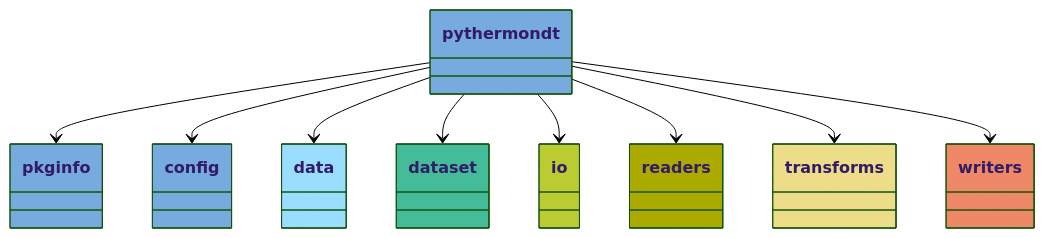
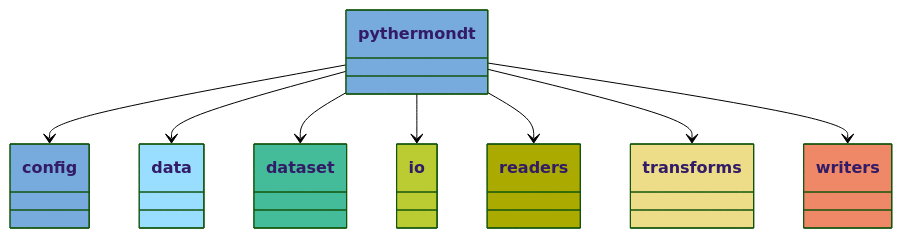
The diagram in docs/pyreverse/mermaid/packages_Overview.mmd (voidsy-gmbh/pyThermoNDT), drawn with Mermaid (forest theme) before and after one commit. The commit also changed 14 other files, not shown here.

```diff
--- a/docs/pyreverse/mermaid/packages_Overview.mmd
+++ b/docs/pyreverse/mermaid/packages_Overview.mmd
@@ -1,36 +1,32 @@
 classDiagram
   class pythermondt {
   }
   style pythermondt fill:#77AADD
-  class __pkginfo__ {
-  }
-  style __pkginfo__ fill:#77AADD
   class config {
   }
   style config fill:#77AADD
   class data {
   }
   style data fill:#99DDFF
   class dataset {
   }
   style dataset fill:#44BB99
   class io {
   }
   style io fill:#BBCC33
   class readers {
   }
   style readers fill:#AAAA00
   class transforms {
   }
   style transforms fill:#EEDD88
   class writers {
   }
   style writers fill:#EE8866
-  pythermondt --> __pkginfo__
   pythermondt --> config
   pythermondt --> data
   pythermondt --> dataset
   pythermondt --> io
   pythermondt --> readers
   pythermondt --> transforms
   pythermondt --> writers
```
